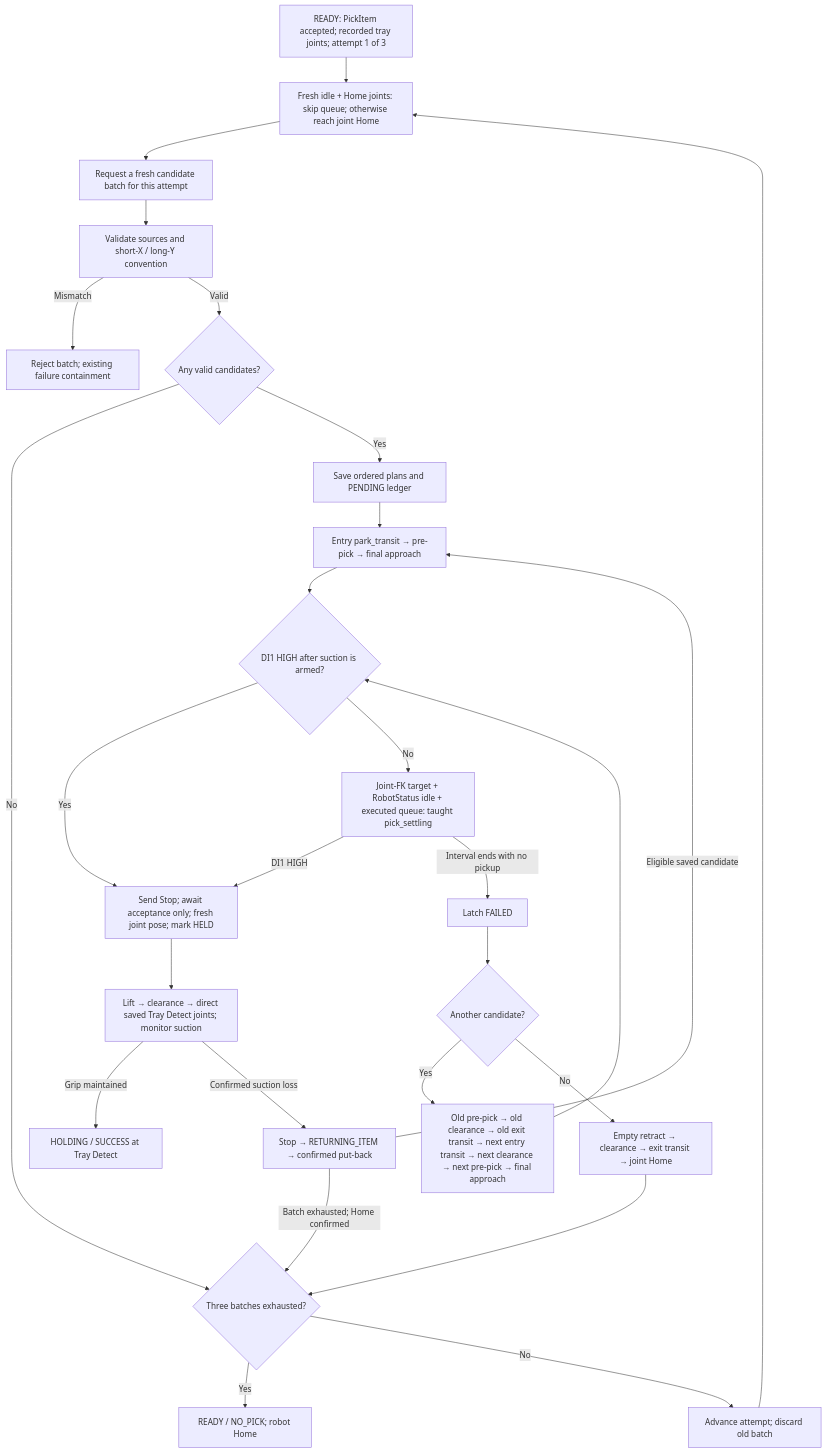
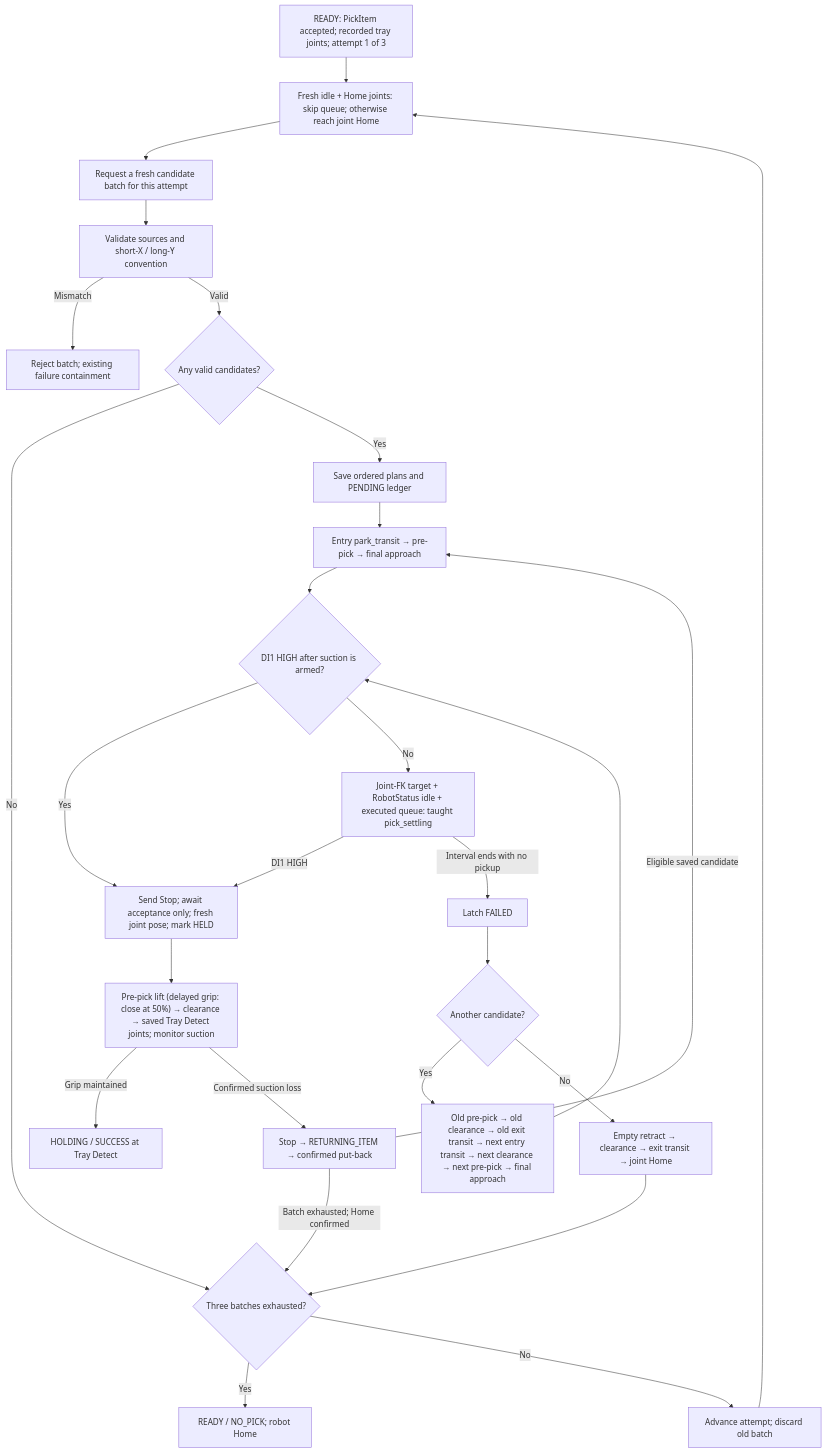
Before and after one commit to esgange/dobot_picknplace_yolo: the third of 9 diagrams in docs/ROBOT_CONTROLLER_FSM.md, drawn with Mermaid. The commit also changed other lines of this file and 8 other files, not shown here.

Commit message:
Close delayed pick grip halfway through pre-pick lift

````diff
--- a/docs/ROBOT_CONTROLLER_FSM.md
+++ b/docs/ROBOT_CONTROLLER_FSM.md
@@ -397,29 +403,29 @@
 ```mermaid
 flowchart TD
     Request["READY: PickItem accepted; recorded tray joints; attempt 1 of 3"] --> Home["Fresh idle + Home joints: skip queue; otherwise reach joint Home"]
     Home --> Detect["Request a fresh candidate batch for this attempt"]
     Detect --> Validate["Validate sources and short-X / long-Y convention"]
     Validate -->|Mismatch| Reject["Reject batch; existing failure containment"]
     Validate -->|Valid| Any{"Any valid candidates?"}
     Any -->|No| Limit{"Three batches exhausted?"}
     Limit -->|Yes| Empty["READY / NO_PICK; robot Home"]
     Limit -->|No| Next["Advance attempt; discard old batch"]
     Next --> Home
     Any -->|Yes| Plan["Save ordered plans and PENDING ledger"]
     Plan --> Entry["Entry park_transit → pre-pick → final approach"]
     Entry --> Sense{"DI1 HIGH after suction is armed?"}
     Sense -->|Yes| Acquire["Send Stop; await acceptance only; fresh joint pose; mark HELD"]
     Sense -->|No| Settle["Joint-FK target + RobotStatus idle + executed queue: taught pick_settling"]
     Settle -->|DI1 HIGH| Acquire
     Settle -->|Interval ends with no pickup| Miss["Latch FAILED"]
-    Acquire --> HeldReturn["Lift → clearance → direct saved Tray Detect joints; monitor suction"]
+    Acquire --> HeldReturn["Pre-pick lift (delayed grip: close at 50%) → clearance → saved Tray Detect joints; monitor suction"]
     HeldReturn -->|Grip maintained| Success["HOLDING / SUCCESS at Tray Detect"]
     HeldReturn -->|Confirmed suction loss| PutBack["Stop → RETURNING_ITEM → confirmed put-back"]
     PutBack -->|Eligible saved candidate| Entry
     PutBack -->|Batch exhausted; Home confirmed| Limit
     Miss --> More{"Another candidate?"}
     More -->|Yes| Retry["Old pre-pick → old clearance → old exit transit → next entry transit → next clearance → next pre-pick → final approach"]
     Retry --> Sense
     More -->|No| Exhausted["Empty retract → clearance → exit transit → joint Home"]
     Exhausted --> Limit
 ```
````
